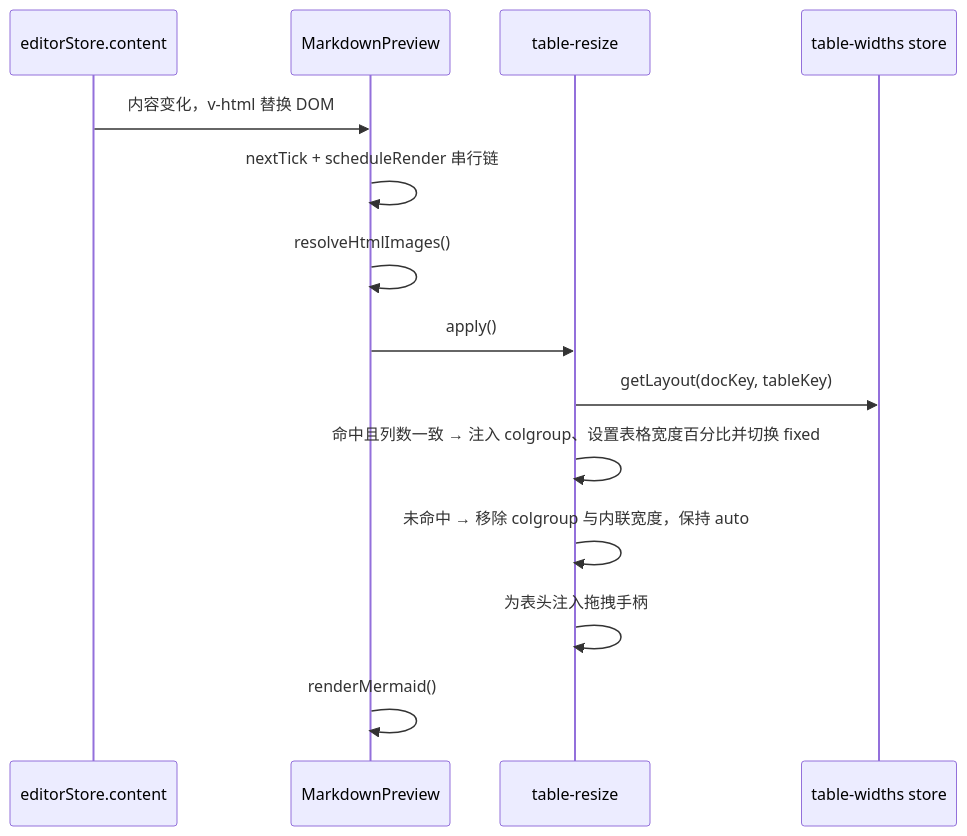
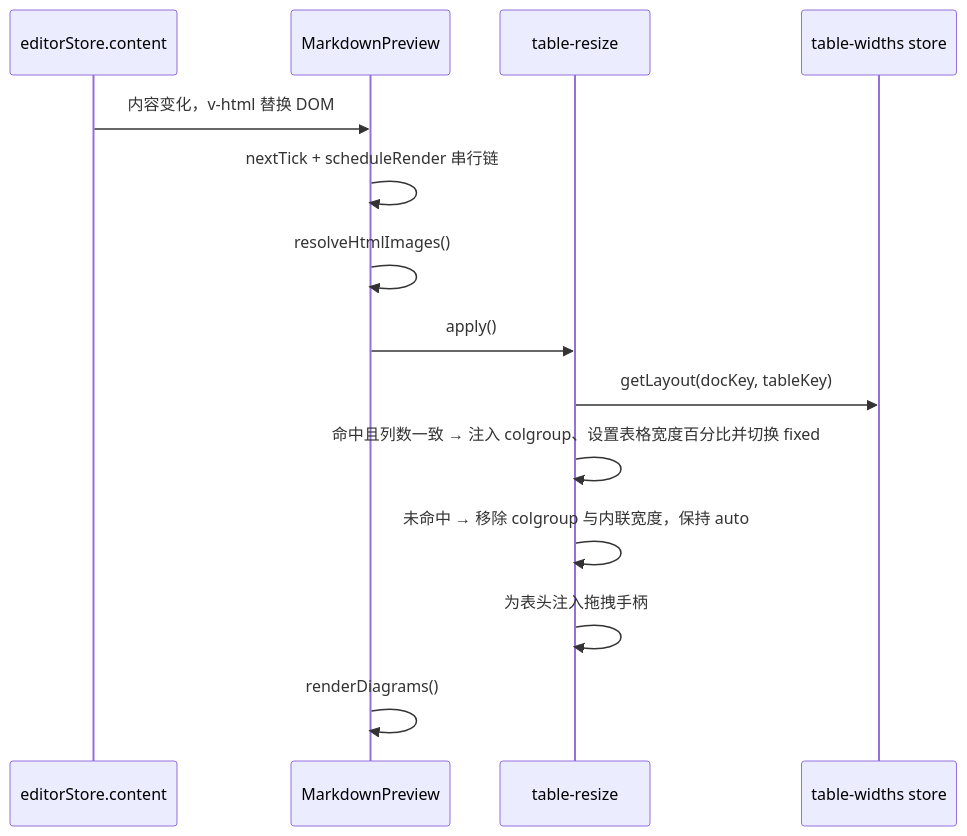
One commit to Harley-xk/mark-it changed the fourth of 4 diagrams in docs/预览表格列宽调整.md. Above: the diagram before and after it, drawn with Mermaid. The commit also changed other lines of this file and 22 other files, not shown here.

Commit message:
feat(preview): 统一图表渲染并修复主题切换重绘

````diff
--- a/docs/预览表格列宽调整.md
+++ b/docs/预览表格列宽调整.md
@@ -139,17 +139,17 @@
 ```mermaid
 sequenceDiagram
   participant E as editorStore.content
   participant P as MarkdownPreview
   participant T as table-resize
   participant W as table-widths store
 
   E->>P: 内容变化，v-html 替换 DOM
   P->>P: nextTick + scheduleRender 串行链
   P->>P: resolveHtmlImages()
   P->>T: apply()
   T->>W: getLayout(docKey, tableKey)
   T->>T: 命中且列数一致 → 注入 colgroup、设置表格宽度百分比并切换 fixed
   T->>T: 未命中 → 移除 colgroup 与内联宽度，保持 auto
   T->>T: 为表头注入拖拽手柄
-  P->>P: renderMermaid()
+  P->>P: renderDiagrams()
 ```
````
